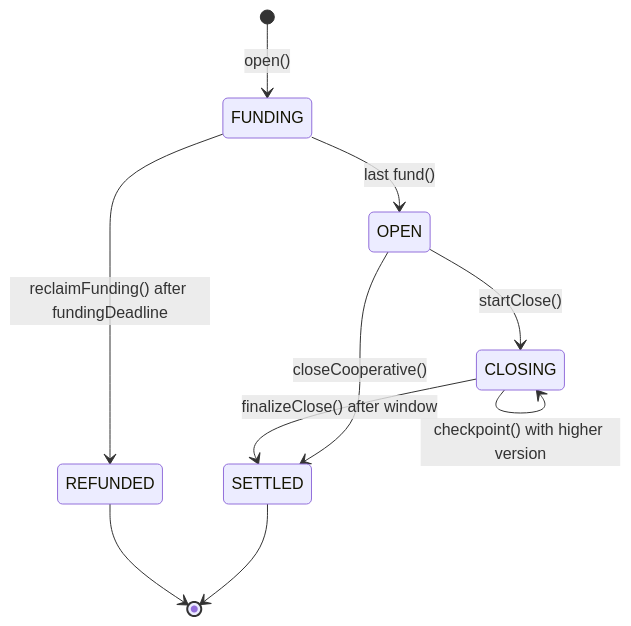
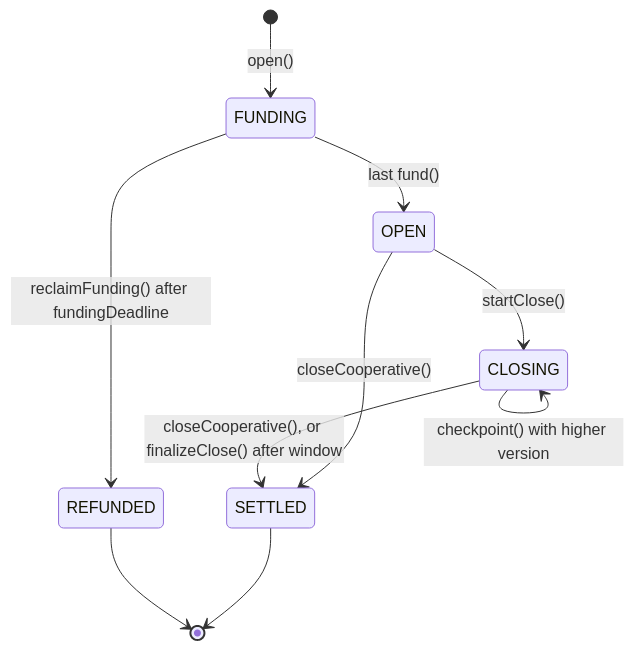
One commit to hiero-ledger/hiero-improvement-proposals changed the diagram in HIP/hip-0000-lightsphere.md. Above: the diagram before and after it, drawn with Mermaid. The commit also changed other lines of this file, not shown here.

````diff
--- a/HIP/hip-0000-lightsphere.md
+++ b/HIP/hip-0000-lightsphere.md
@@ -205,12 +205,12 @@
 ```mermaid
 stateDiagram-v2
     [*] --> FUNDING: open()
     FUNDING --> OPEN: last fund()
     FUNDING --> REFUNDED: reclaimFunding() after fundingDeadline
     OPEN --> SETTLED: closeCooperative()
     OPEN --> CLOSING: startClose()
     CLOSING --> CLOSING: checkpoint() with higher version
-    CLOSING --> SETTLED: finalizeClose() after window
+    CLOSING --> SETTLED: closeCooperative(), or finalizeClose() after window
     SETTLED --> [*]
     REFUNDED --> [*]
 ```
````
